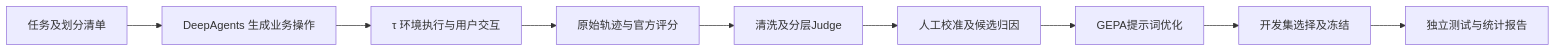
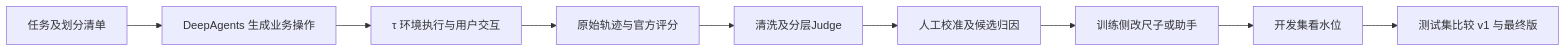
The diagram in README.md (Josepheeeee/retail-agent-eval), drawn with Mermaid before and after one commit. The commit also changed other lines of this file and 27 other files, not shown here.

````diff
--- a/README.md
+++ b/README.md
@@ -21,11 +20,11 @@
 ```mermaid
 flowchart LR
   A[任务及划分清单] --> B[DeepAgents 生成业务操作]
   B --> C[τ 环境执行与用户交互]
   C --> D[原始轨迹与官方评分]
   D --> E[清洗及分层Judge]
   E --> F[人工校准及候选归因]
-  F --> G[GEPA提示词优化]
-  G --> H[开发集选择及冻结]
-  H --> I[独立测试与统计报告]
+  F --> G[训练侧改尺子或助手]
+  G --> H[开发集看水位]
+  H --> I[测试集比较 v1 与最终版]
 ```
````
